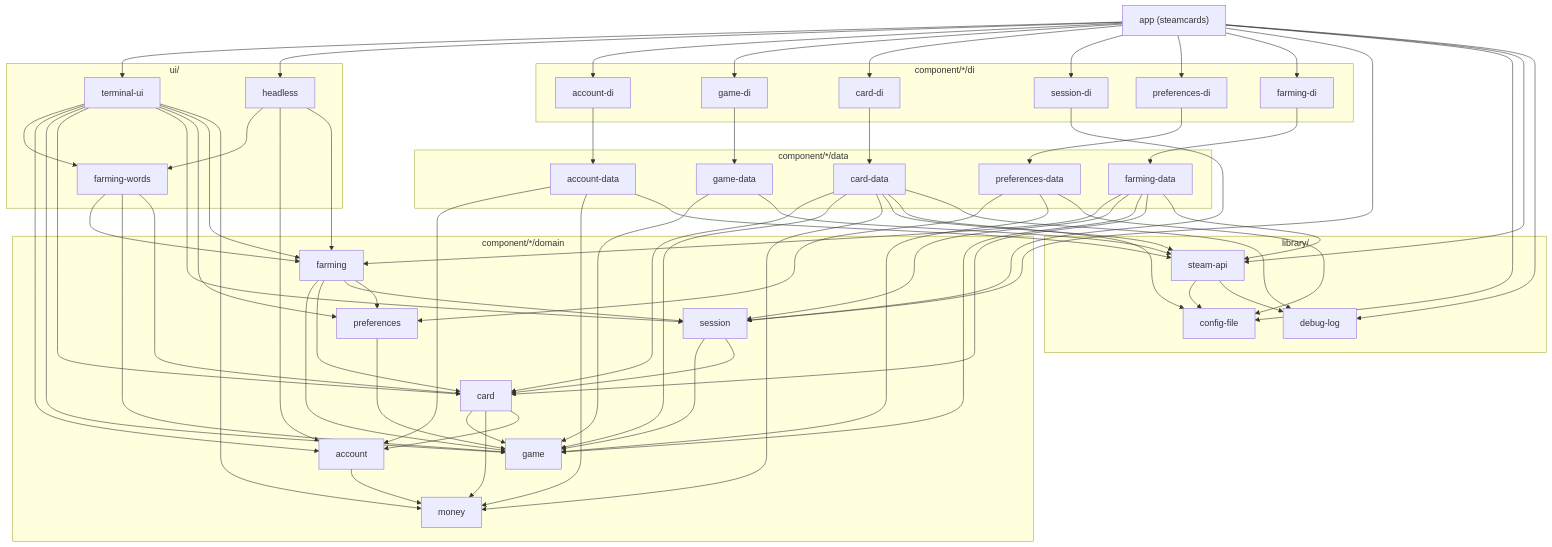
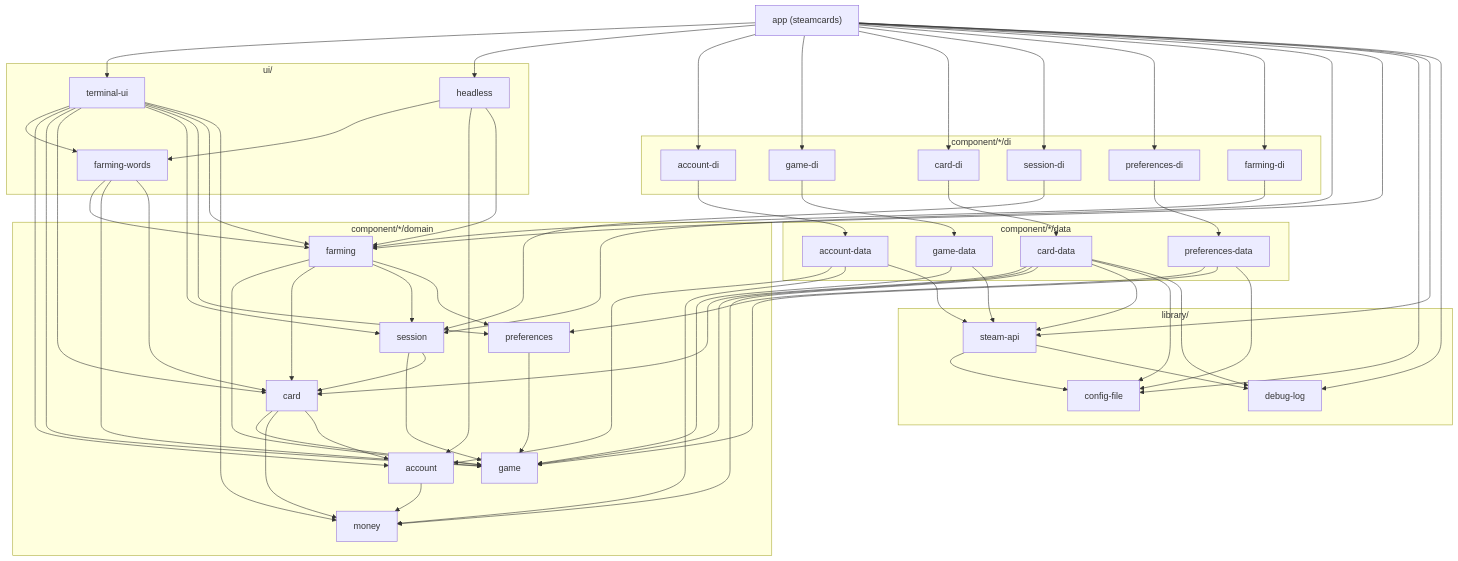
The diagram in docs/architecture.md (joshgallantt/steamcards), drawn with Mermaid before and after one commit. The commit also changed other lines of this file and 82 other files, not shown here.

First line of the commit message:
Play through game, and hear of new items through card

````diff
--- a/docs/architecture.md
+++ b/docs/architecture.md
@@ -422,65 +451,63 @@
 ```mermaid
 graph TD
     APP["app (steamcards)"]
 
     subgraph UI["ui/"]
         TUI[terminal-ui]
         HL[headless]
         FW[farming-words]
     end
 
     subgraph DI["component/*/di"]
         ADI[account-di]
         GDI[game-di]
         CDI[card-di]
         SDI[session-di]
         PDI[preferences-di]
         FDI[farming-di]
     end
 
     subgraph DATA["component/*/data"]
         AD[account-data]
         GD[game-data]
         CD[card-data]
         PD[preferences-data]
-        FD[farming-data]
     end
 
     subgraph DOMAIN["component/*/domain"]
         MON[money]
         ACC[account]
         GAME[game]
         CARD[card]
         SES[session]
         PREF[preferences]
         FARM[farming]
     end
 
     subgraph LIBS["library/"]
         SA[steam-api]
         CF[config-file]
         DL[debug-log]
     end
 
-    APP --> TUI & HL & ADI & GDI & CDI & SDI & PDI & FDI & SES & CF & SA & DL
+    APP --> TUI & HL & ADI & GDI & CDI & SDI & PDI & FDI & SES & FARM & CF & SA & DL
     TUI --> FW & ACC & GAME & CARD & SES & PREF & FARM & MON
     HL --> FW & ACC & FARM
     FW --> FARM & GAME & CARD
     ADI --> AD
     GDI --> GD
     CDI --> CD
     PDI --> PD
-    FDI --> FD
+    FDI --> FARM
     SDI --> SES
     AD --> ACC & MON & SA
     GD --> GAME & SA
     CD --> CARD & GAME & MON & SA & CF & DL
     PD --> PREF & GAME & CF
-    FD --> FARM & SES & GAME & CARD & SA
     ACC --> MON
     CARD --> GAME & MON & ACC
     PREF --> GAME
     SES --> GAME & CARD
     FARM --> GAME & CARD & SES & PREF
     SA --> CF & DL
 ```
````
